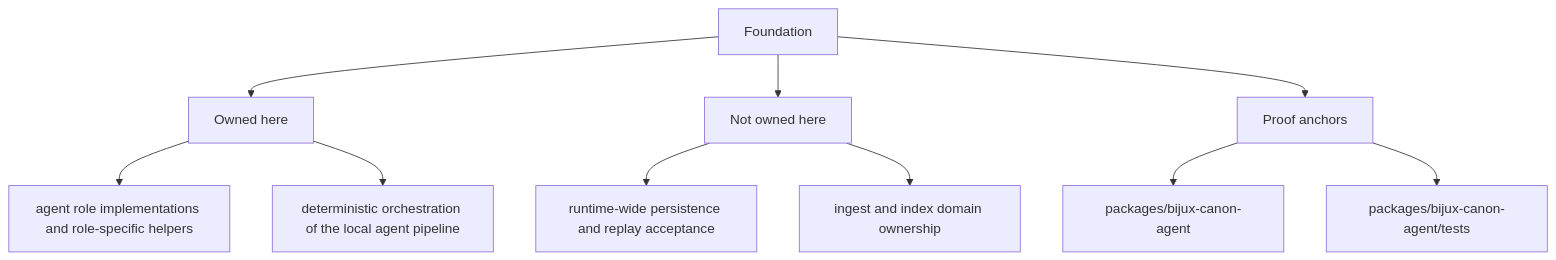
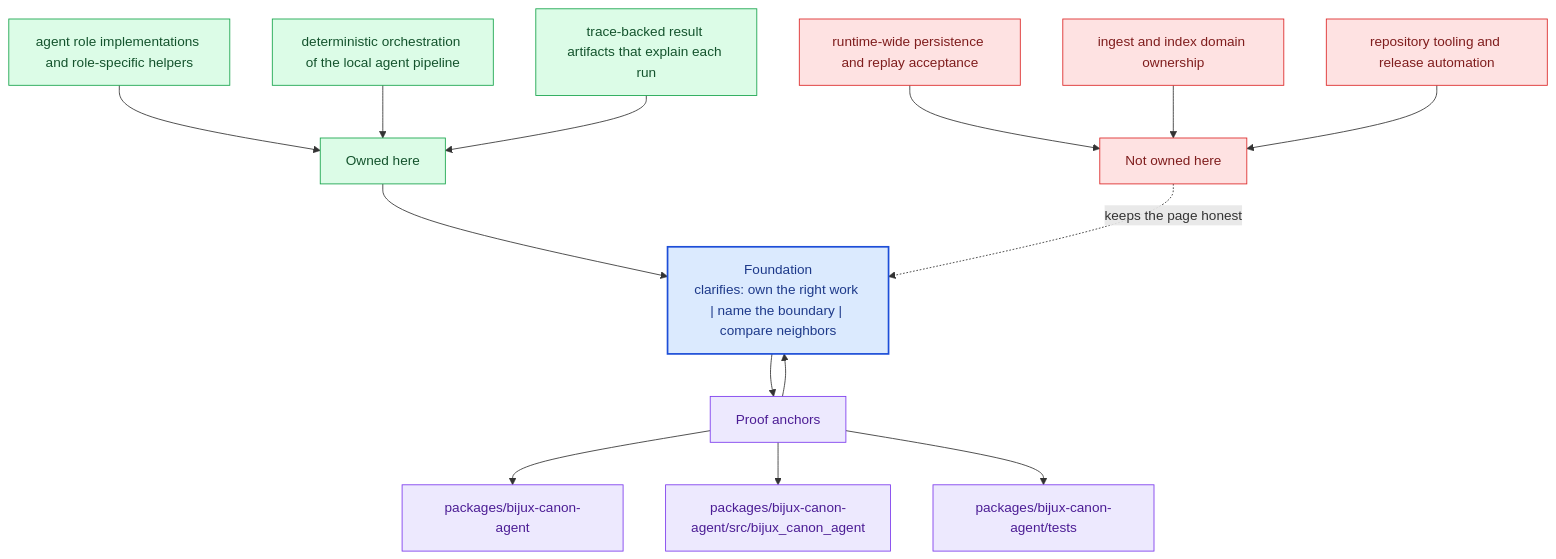
One commit to bijux/bijux-canon changed the second of 2 diagrams in docs/bijux-canon-agent/foundation/index.md. Above: the diagram before and after it, drawn with Mermaid. The commit also changed other lines of this file and 281 other files, not shown here.

Commit message:
docs(diagrams): deepen handbook mermaid maps across the catalog

````diff
--- a/docs/bijux-canon-agent/foundation/index.md
+++ b/docs/bijux-canon-agent/foundation/index.md
@@ -32,22 +65,40 @@
 ```mermaid
-flowchart TD
-    page["Foundation"]
+flowchart TB
+    promise["Foundation<br/>clarifies: own the right work | name the boundary | compare neighbors"]
+    classDef promise fill:#dbeafe,stroke:#1d4ed8,color:#1e3a8a,stroke-width:2px;
+    classDef driver fill:#dcfce7,stroke:#16a34a,color:#14532d;
+    classDef constraint fill:#fee2e2,stroke:#dc2626,color:#7f1d1d;
+    classDef ground fill:#ede9fe,stroke:#7c3aed,color:#4c1d95;
     focus1["Owned here"]
-    page --> focus1
+    focus1 --> promise
     focus1_1["agent role implementations and role-specific helpers"]
-    focus1 --> focus1_1
+    focus1_1 --> focus1
     focus1_2["deterministic orchestration of the local agent pipeline"]
-    focus1 --> focus1_2
+    focus1_2 --> focus1
+    focus1_3["trace-backed result artifacts that explain each run"]
+    focus1_3 --> focus1
+    class focus1 driver;
+    class focus1_1,focus1_2,focus1_3 driver;
     focus2["Not owned here"]
-    page --> focus2
+    focus2 -.keeps the page honest.-> promise
     focus2_1["runtime-wide persistence and replay acceptance"]
-    focus2 --> focus2_1
+    focus2_1 --> focus2
     focus2_2["ingest and index domain ownership"]
-    focus2 --> focus2_2
+    focus2_2 --> focus2
+    focus2_3["repository tooling and release automation"]
+    focus2_3 --> focus2
+    class focus2 constraint;
+    class focus2_1,focus2_2,focus2_3 constraint;
     focus3["Proof anchors"]
-    page --> focus3
+    focus3 --> promise
+    promise --> focus3
     focus3_1["packages/bijux-canon-agent"]
     focus3 --> focus3_1
-    focus3_2["packages/bijux-canon-agent/tests"]
+    focus3_2["packages/bijux-canon-agent/src/bijux_canon_agent"]
     focus3 --> focus3_2
+    focus3_3["packages/bijux-canon-agent/tests"]
+    focus3 --> focus3_3
+    class focus3 ground;
+    class focus3_1,focus3_2,focus3_3 ground;
+    class promise promise;
 ```
````
